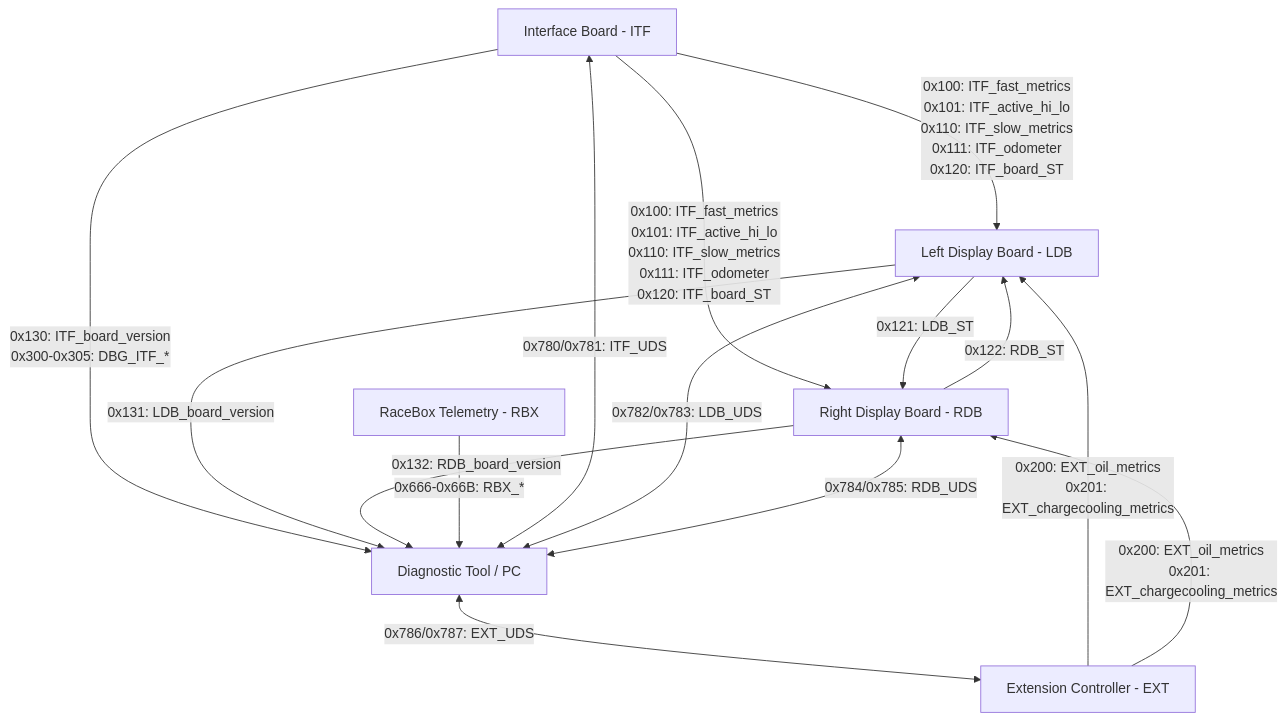
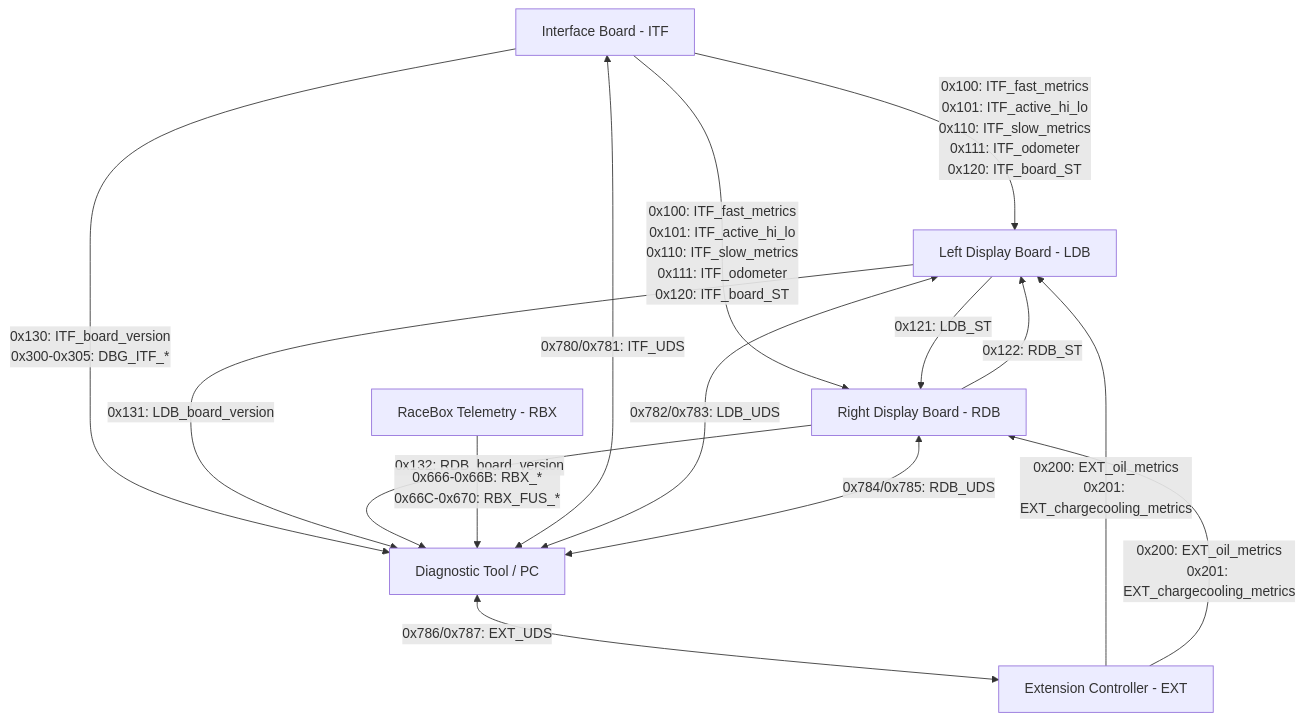
The diagram in TOO.MD (martinroger/binocan), drawn with Mermaid before and after one commit. The commit also changed other lines of this file and 6 other files, not shown here.

````diff
--- a/TOO.MD
+++ b/TOO.MD
@@ -7,28 +7,28 @@
 ```mermaid
 graph TD
     ITF[Interface Board - ITF]
     LDB[Left Display Board - LDB]
     RDB[Right Display Board - RDB]
     EXT[Extension Controller - EXT]
     RBX[RaceBox Telemetry - RBX]
     DIAG[Diagnostic Tool / PC]
 
     ITF -->|0x100: ITF_fast_metrics<br/>0x101: ITF_active_hi_lo<br/>0x110: ITF_slow_metrics<br/>0x111: ITF_odometer<br/>0x120: ITF_board_ST| LDB
     ITF -->|0x100: ITF_fast_metrics<br/>0x101: ITF_active_hi_lo<br/>0x110: ITF_slow_metrics<br/>0x111: ITF_odometer<br/>0x120: ITF_board_ST| RDB
 
     LDB -->|0x121: LDB_ST| RDB
     RDB -->|0x122: RDB_ST| LDB
 
     EXT -->|0x200: EXT_oil_metrics<br/>0x201: EXT_chargecooling_metrics| LDB
     EXT -->|0x200: EXT_oil_metrics<br/>0x201: EXT_chargecooling_metrics| RDB
 
     ITF -->|0x130: ITF_board_version<br/>0x300-0x305: DBG_ITF_*| DIAG
     LDB -->|0x131: LDB_board_version| DIAG
     RDB -->|0x132: RDB_board_version| DIAG
-    RBX -->|0x666-0x66B: RBX_*| DIAG
+    RBX -->|0x666-0x66B: RBX_*<br/>0x66C-0x670: RBX_FUS_*| DIAG
 
     DIAG <-->|0x780/0x781: ITF_UDS| ITF
     DIAG <-->|0x782/0x783: LDB_UDS| LDB
     DIAG <-->|0x784/0x785: RDB_UDS| RDB
     DIAG <-->|0x786/0x787: EXT_UDS| EXT
 ```
````
